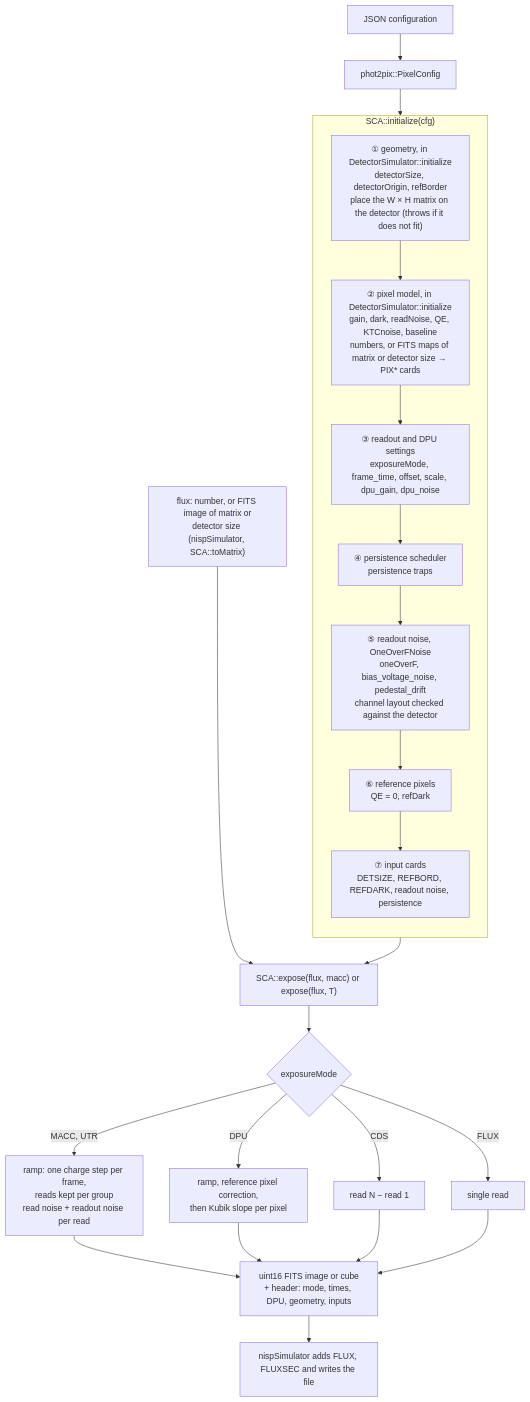
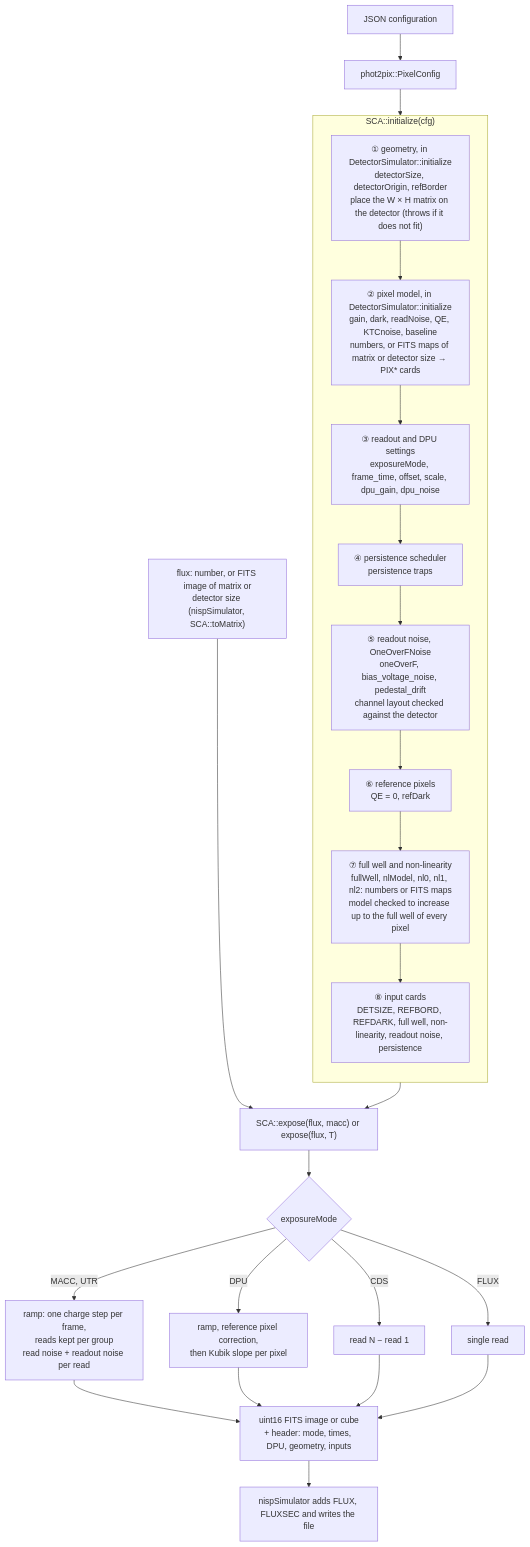
Before and after one commit to Pulsar2011/phot2pix: the second of 4 diagrams in wiki/NISP-example.md, drawn with Mermaid. The commit also changed other lines of this file and 31 other files, not shown here.

Commit message:
Add Phot2Pix Log Make Claude generate the Doxygen documentation Add FullWhell and Non linearity capacity model.

````diff
--- a/wiki/NISP-example.md
+++ b/wiki/NISP-example.md
@@ -68,32 +70,33 @@
 ```mermaid
 flowchart TD
     JSON["JSON configuration"] --> CFG["phot2pix::PixelConfig"]
 
     subgraph INIT ["SCA::initialize(cfg)"]
         direction TB
         I1["① geometry, in DetectorSimulator::initialize<br/>detectorSize, detectorOrigin, refBorder<br/>place the W × H matrix on the detector (throws if it does not fit)"]
         I2["② pixel model, in DetectorSimulator::initialize<br/>gain, dark, readNoise, QE, KTCnoise, baseline<br/>numbers, or FITS maps of matrix or detector size → PIX* cards"]
         I3["③ readout and DPU settings<br/>exposureMode, frame_time, offset, scale, dpu_gain, dpu_noise"]
         I4["④ persistence scheduler<br/>persistence traps"]
         I5["⑤ readout noise, OneOverFNoise<br/>oneOverF, bias_voltage_noise, pedestal_drift<br/>channel layout checked against the detector"]
         I6["⑥ reference pixels<br/>QE = 0, refDark"]
-        I7["⑦ input cards<br/>DETSIZE, REFBORD, REFDARK, readout noise, persistence"]
-        I1 --> I2 --> I3 --> I4 --> I5 --> I6 --> I7
+        I7["⑦ full well and non-linearity<br/>fullWell, nlModel, nl0, nl1, nl2: numbers or FITS maps<br/>model checked to increase up to the full well of every pixel"]
+        I8["⑧ input cards<br/>DETSIZE, REFBORD, REFDARK, full well, non-linearity, readout noise, persistence"]
+        I1 --> I2 --> I3 --> I4 --> I5 --> I6 --> I7 --> I8
     end
 
     CFG --> INIT
     FLUX["flux: number, or FITS image of matrix or<br/>detector size (nispSimulator, SCA::toMatrix)"] --> EXP
     INIT --> EXP["SCA::expose(flux, macc) or expose(flux, T)"]
 
     EXP --> MODE{"exposureMode"}
     MODE -->|"MACC, UTR"| RAMP["ramp: one charge step per frame,<br/>reads kept per group<br/>read noise + readout noise per read"]
     MODE -->|"DPU"| RAMP2["ramp, reference pixel correction,<br/>then Kubik slope per pixel"]
     MODE -->|"CDS"| CDS["read N − read 1"]
     MODE -->|"FLUX"| ONE["single read"]
 
     RAMP --> OUT["uint16 FITS image or cube<br/>+ header: mode, times, DPU, geometry, inputs"]
     RAMP2 --> OUT
     CDS --> OUT
     ONE --> OUT
     OUT --> TOOL["nispSimulator adds FLUX, FLUXSEC and writes the file"]
 ```
````
